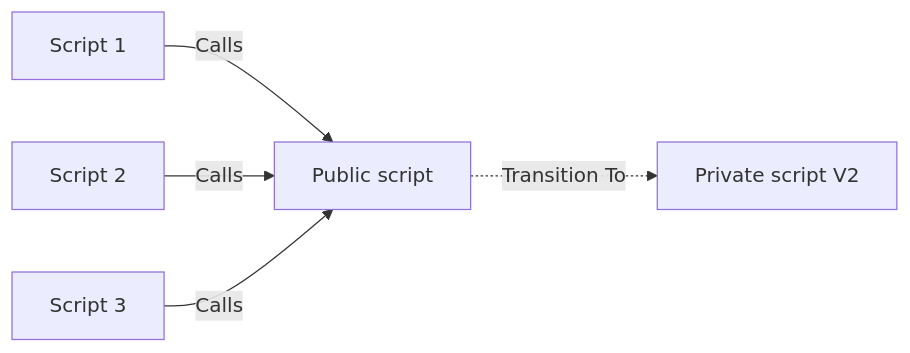
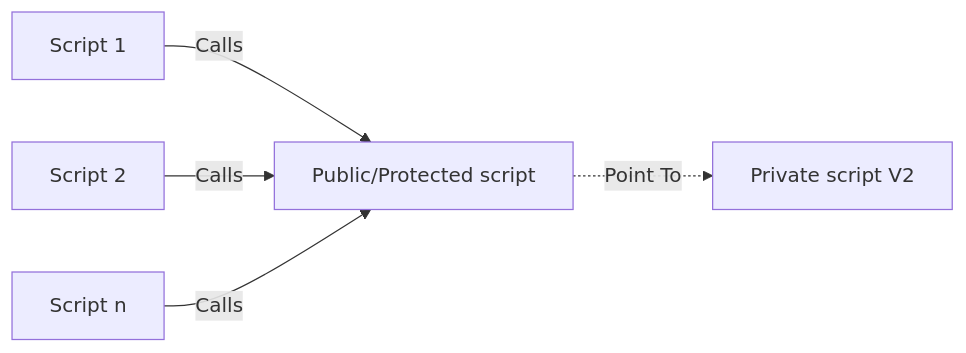
Before and after one commit to CloudChi/FX-Framework: the fifth of 6 diagrams in Versions_Updating.md, drawn with Mermaid. The commit also changed other lines of this file and 3 other files, not shown here.

````diff
--- a/Versions_Updating.md
+++ b/Versions_Updating.md
@@ -58,6 +81,6 @@
 ```mermaid
 graph LR
-  A[Script 1] -- Calls --> F[Public script] -. Transition To .-> G[Private script V2]
+  A[Script 1] -- Calls --> F[Public/Protected script] -. Point To .-> G[Private script V2]
   B[Script 2] -- Calls --> F
-  C[Script 3] -- Calls --> F
+  C[Script n] -- Calls --> F
 ```
````
